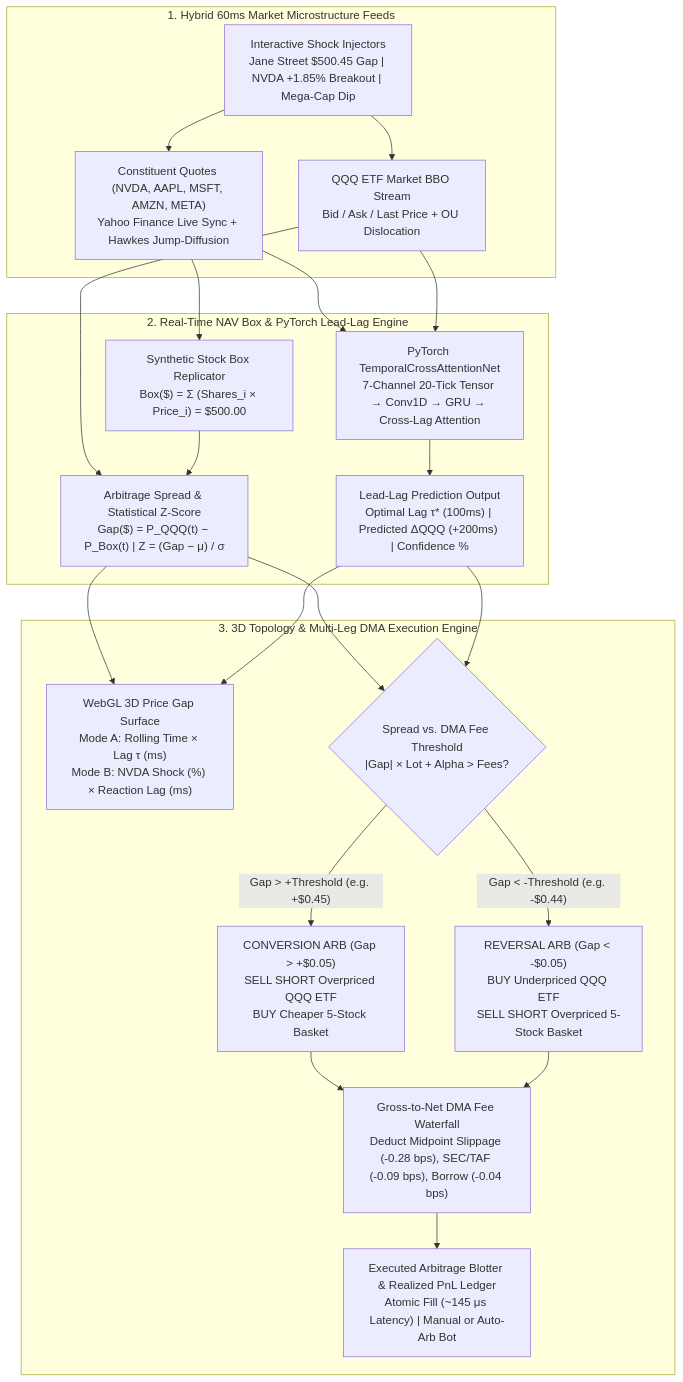
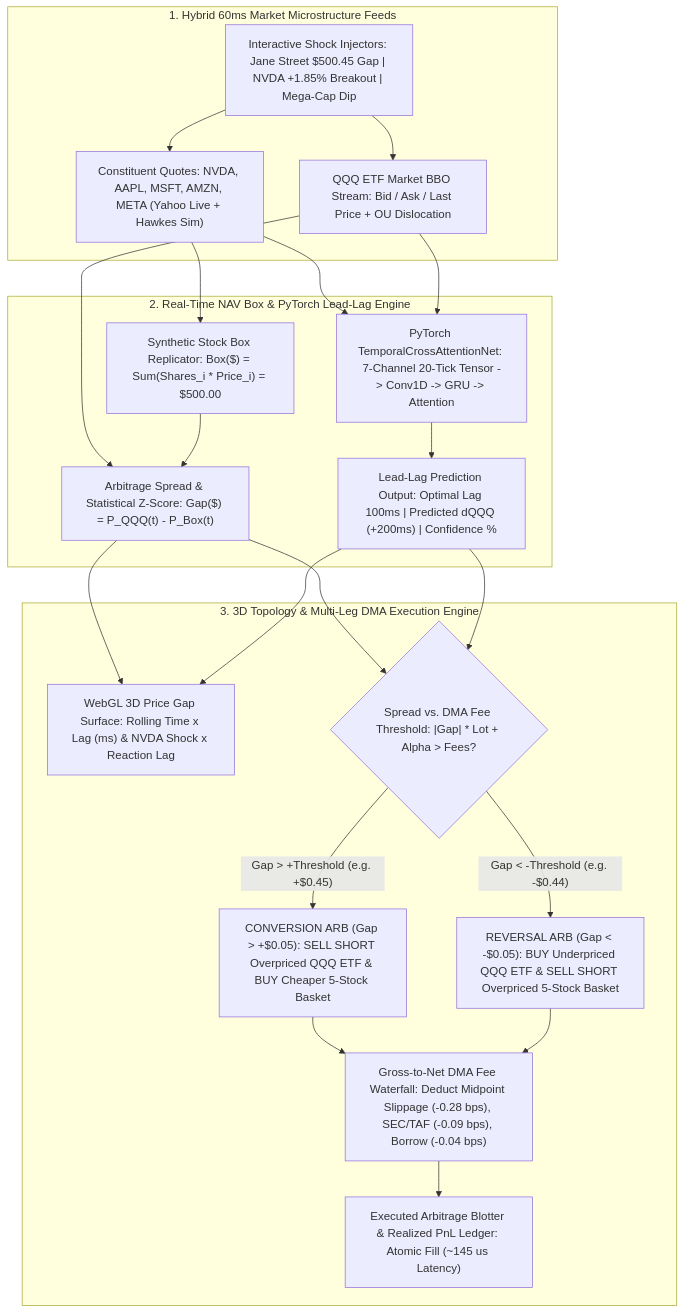
The first of 2 diagrams in README.md (meenub255/Real-Time-ETF-Basket-vs.-Box-Statistical-Arbitrage-PyTorch-Lead-Lag-Engine), drawn with Mermaid before and after one commit. The commit also changed other lines of this file, not shown here.

Commit message:
Fix Mermaid sequenceDiagram reserved 'box' keyword and flowchart syntax

````diff
--- a/README.md
+++ b/README.md
@@ -36,42 +36,42 @@
 ```mermaid
 flowchart TD
     subgraph MarketFeeds["1. Hybrid 60ms Market Microstructure Feeds"]
-        A1["Constituent Quotes (NVDA, AAPL, MSFT, AMZN, META)<br/>Yahoo Finance Live Sync + Hawkes Jump-Diffusion"]
-        A2["QQQ ETF Market BBO Stream<br/>Bid / Ask / Last Price + OU Dislocation"]
-        A3["Interactive Shock Injectors<br/>Jane Street $500.45 Gap | NVDA +1.85% Breakout | Mega-Cap Dip"]
+        A1["Constituent Quotes: NVDA, AAPL, MSFT, AMZN, META (Yahoo Live + Hawkes Sim)"]
+        A2["QQQ ETF Market BBO Stream: Bid / Ask / Last Price + OU Dislocation"]
+        A3["Interactive Shock Injectors: Jane Street $500.45 Gap | NVDA +1.85% Breakout | Mega-Cap Dip"]
     end
 
     subgraph PricingAndNeural["2. Real-Time NAV Box & PyTorch Lead-Lag Engine"]
-        B1["Synthetic Stock Box Replicator<br/>Box($) = Σ (Shares_i × Price_i) = $500.00"]
-        B2["Arbitrage Spread & Statistical Z-Score<br/>Gap($) = P_QQQ(t) − P_Box(t) | Z = (Gap − μ) / σ"]
-        B3["PyTorch TemporalCrossAttentionNet<br/>7-Channel 20-Tick Tensor → Conv1D → GRU → Cross-Lag Attention"]
-        B4["Lead-Lag Prediction Output<br/>Optimal Lag τ* (100ms) | Predicted ΔQQQ (+200ms) | Confidence %"]
+        B1["Synthetic Stock Box Replicator: Box($) = Sum(Shares_i * Price_i) = $500.00"]
+        B2["Arbitrage Spread & Statistical Z-Score: Gap($) = P_QQQ(t) - P_Box(t)"]
+        B3["PyTorch TemporalCrossAttentionNet: 7-Channel 20-Tick Tensor -> Conv1D -> GRU -> Attention"]
+        B4["Lead-Lag Prediction Output: Optimal Lag 100ms | Predicted dQQQ (+200ms) | Confidence %"]
     end
 
     subgraph VisualizationAndExecution["3. 3D Topology & Multi-Leg DMA Execution Engine"]
-        C1["WebGL 3D Price Gap Surface<br/>Mode A: Rolling Time × Lag τ (ms)<br/>Mode B: NVDA Shock (%) × Reaction Lag (ms)"]
-        C2{"Spread vs. DMA Fee Threshold<br/>|Gap| × Lot + Alpha > Fees?"}
-        C3["CONVERSION ARB (Gap > +$0.05)<br/>SELL SHORT Overpriced QQQ ETF<br/>BUY Cheaper 5-Stock Basket"]
-        C4["REVERSAL ARB (Gap < -$0.05)<br/>BUY Underpriced QQQ ETF<br/>SELL SHORT Overpriced 5-Stock Basket"]
-        C5["Gross-to-Net DMA Fee Waterfall<br/>Deduct Midpoint Slippage (-0.28 bps), SEC/TAF (-0.09 bps), Borrow (-0.04 bps)"]
-        C6["Executed Arbitrage Blotter & Realized PnL Ledger<br/>Atomic Fill (~145 μs Latency) | Manual or Auto-Arb Bot"]
+        C1["WebGL 3D Price Gap Surface: Rolling Time x Lag (ms) & NVDA Shock x Reaction Lag"]
+        C2{"Spread vs. DMA Fee Threshold: |Gap| * Lot + Alpha > Fees?"}
+        C3["CONVERSION ARB (Gap > +$0.05): SELL SHORT Overpriced QQQ ETF & BUY Cheaper 5-Stock Basket"]
+        C4["REVERSAL ARB (Gap < -$0.05): BUY Underpriced QQQ ETF & SELL SHORT Overpriced 5-Stock Basket"]
+        C5["Gross-to-Net DMA Fee Waterfall: Deduct Midpoint Slippage (-0.28 bps), SEC/TAF (-0.09 bps), Borrow (-0.04 bps)"]
+        C6["Executed Arbitrage Blotter & Realized PnL Ledger: Atomic Fill (~145 us Latency)"]
     end
 
     A1 --> B1
     A1 --> B3
     A2 --> B2
     A2 --> B3
     A3 --> A1
     A3 --> A2
     B1 --> B2
     B2 --> C1
     B2 --> C2
     B3 --> B4
     B4 --> C1
     B4 --> C2
     C2 -- "Gap > +Threshold (e.g. +$0.45)" --> C3
     C2 -- "Gap < -Threshold (e.g. -$0.44)" --> C4
     C3 --> C5
     C4 --> C5
     C5 --> C6
 ```
````
